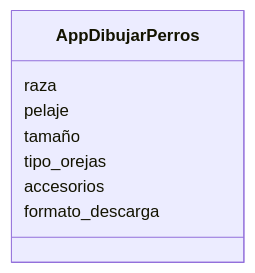
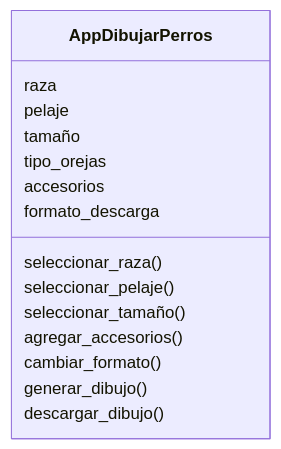
Before and after one commit to StephanieApaza/psg-oop-2025: the diagram in retos_sesion_01/ejercicio_03.md, drawn with Mermaid. The commit also changed other lines of this file, not shown here.

Commit message:
Agregando métodos al diagrama de clases AppDibujarPerros

````diff
--- a/retos_sesion_01/ejercicio_03.md
+++ b/retos_sesion_01/ejercicio_03.md
@@ -51,11 +63,18 @@
 ```mermaid
 classDiagram
     class AppDibujarPerros{
         raza
         pelaje
         tamaño
         tipo_orejas
         accesorios
-        formato_descarga 
+        formato_descarga
+        seleccionar_raza()
+        seleccionar_pelaje()
+        seleccionar_tamaño()
+        agregar_accesorios()
+        cambiar_formato()
+        generar_dibujo()
+        descargar_dibujo() 
     }
 ```
````
